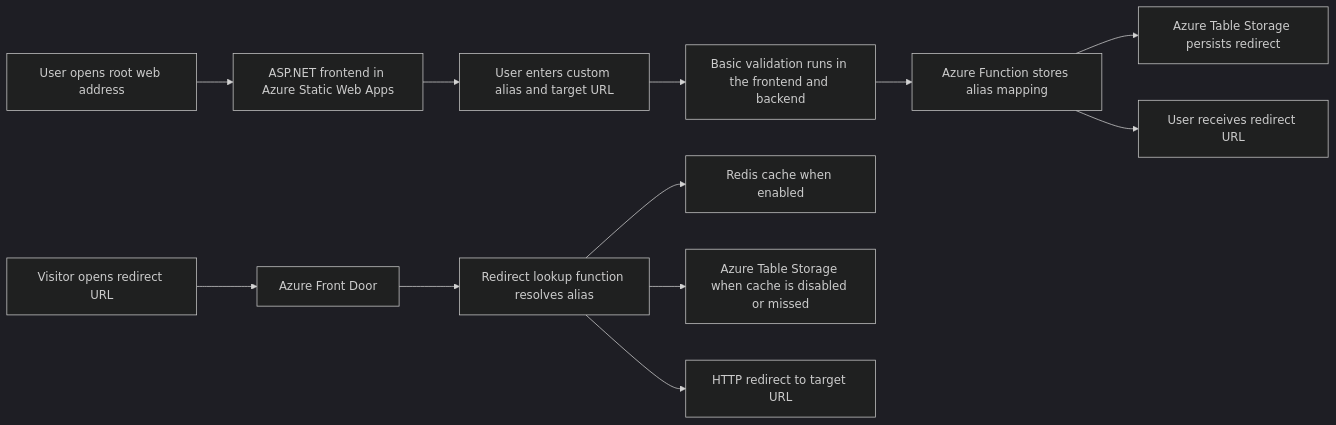
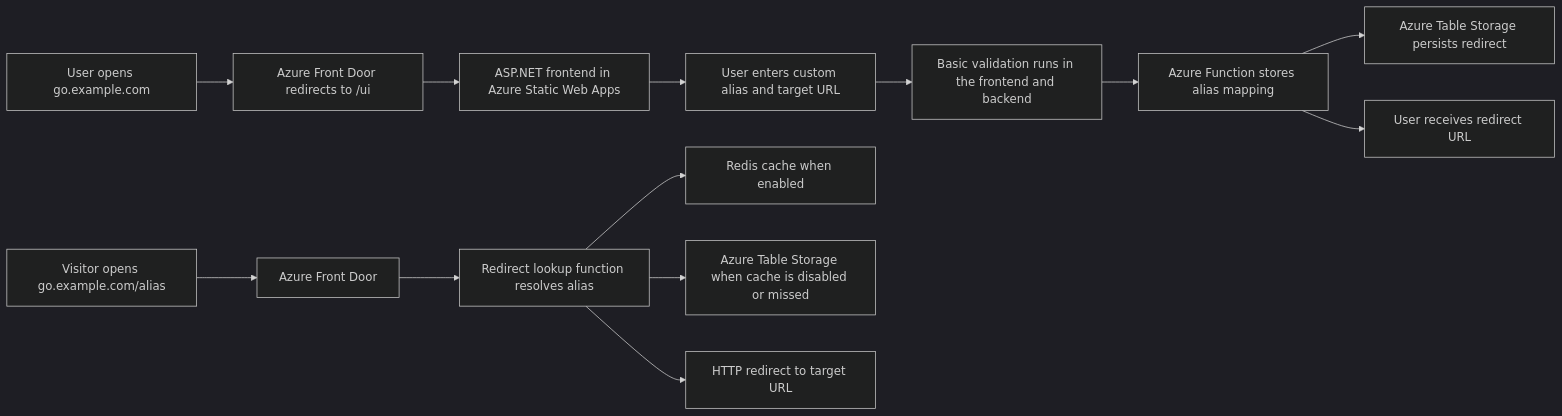
One commit to RaulSebastian/url-redirect changed the first of 2 diagrams in README.md. Above: the diagram before and after it, drawn with Mermaid (dark theme). The commit also changed other lines of this file and 10 other files, not shown here.

Commit message:
the web app now serves the create UI at /ui, the root path redirects to /ui, and frontend assets are served from /ui/assets/* via Program.cs, Index.cshtml, and _Layout.cshtml. Alias redirects still stay at /{alias}.

````diff
--- a/README.md
+++ b/README.md
@@ -39,14 +39,15 @@
 ```mermaid
 flowchart LR
-    A["User opens root web address"] --> B["ASP.NET frontend in Azure Static Web Apps"]
-    B --> C["User enters custom alias and target URL"]
-    C --> D["Basic validation runs in the frontend and backend"]
-    D --> E["Azure Function stores alias mapping"]
-    E --> F["Azure Table Storage persists redirect"]
-    E --> G["User receives redirect URL"]
-    H["Visitor opens redirect URL"] --> I["Azure Front Door"]
-    I --> J["Redirect lookup function resolves alias"]
-    J --> K["Redis cache when enabled"]
-    J --> L["Azure Table Storage when cache is disabled or missed"]
-    J --> M["HTTP redirect to target URL"]
+    A["User opens go.example.com"] --> B["Azure Front Door redirects to /ui"]
+    B --> C["ASP.NET frontend in Azure Static Web Apps"]
+    C --> D["User enters custom alias and target URL"]
+    D --> E["Basic validation runs in the frontend and backend"]
+    E --> F["Azure Function stores alias mapping"]
+    F --> G["Azure Table Storage persists redirect"]
+    F --> H["User receives redirect URL"]
+    I["Visitor opens go.example.com/alias"] --> J["Azure Front Door"]
+    J --> K["Redirect lookup function resolves alias"]
+    K --> L["Redis cache when enabled"]
+    K --> M["Azure Table Storage when cache is disabled or missed"]
+    K --> N["HTTP redirect to target URL"]
 ```
````
